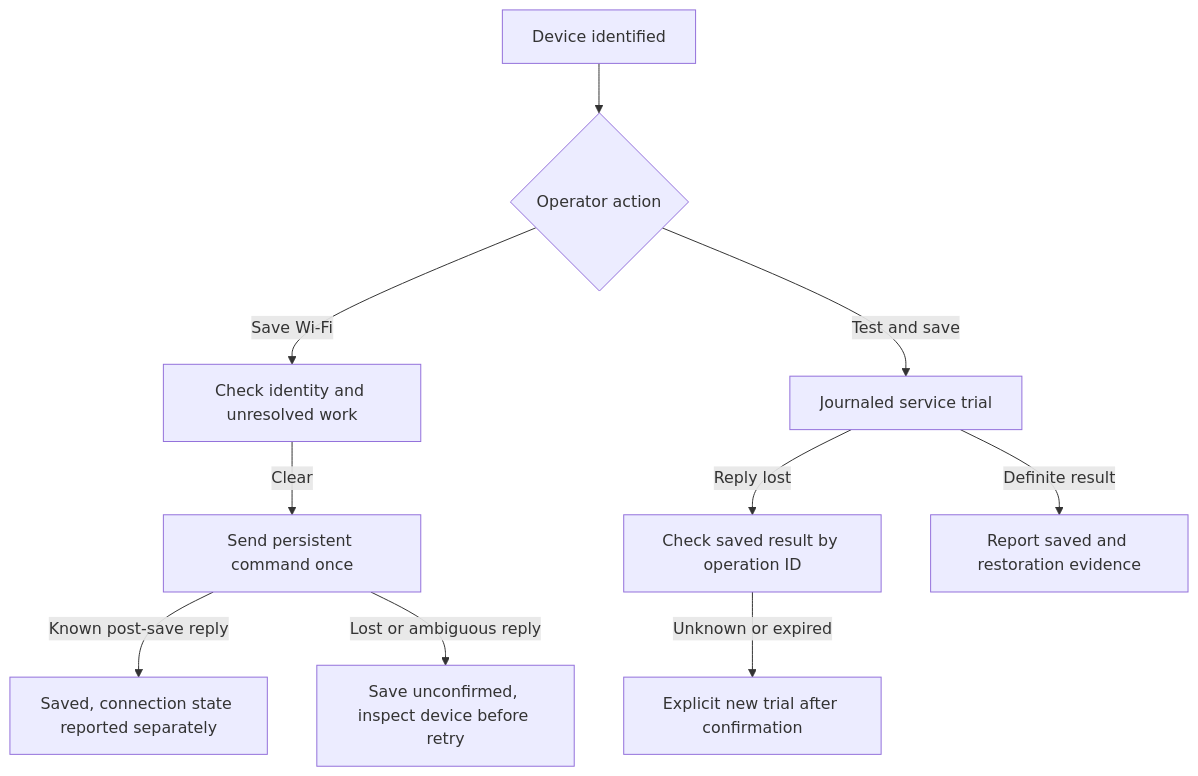
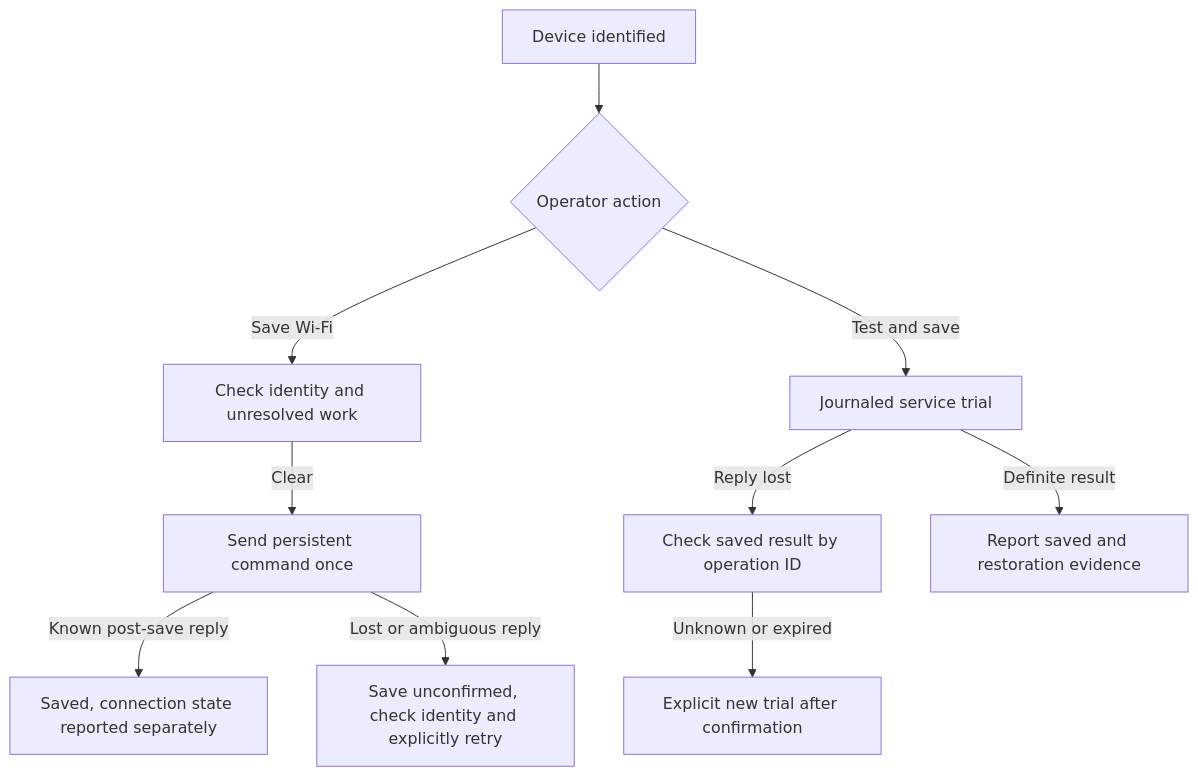
One commit to Jan-IngenHousz-Institute/ambyte-iot changed the second of 2 diagrams in docs/usb-wifi-settings.md. Above: the diagram before and after it, drawn with Mermaid. The commit also changed other lines of this file and 6 other files, not shown here.

````diff
--- a/docs/usb-wifi-settings.md
+++ b/docs/usb-wifi-settings.md
@@ -95,12 +106,12 @@
 ```mermaid
 flowchart TD
     Ready[Device identified] --> Choice{Operator action}
     Choice -->|Save Wi-Fi| Guards[Check identity and unresolved work]
     Guards -->|Clear| Save[Send persistent command once]
     Save -->|Known post-save reply| Saved[Saved, connection state reported separately]
-    Save -->|Lost or ambiguous reply| Unknown[Save unconfirmed, inspect device before retry]
+    Save -->|Lost or ambiguous reply| Unknown[Save unconfirmed, check identity and explicitly retry]
     Choice -->|Test and save| Trial[Journaled service trial]
     Trial -->|Reply lost| Recover[Check saved result by operation ID]
     Trial -->|Definite result| Evidence[Report saved and restoration evidence]
     Recover -->|Unknown or expired| Explicit[Explicit new trial after confirmation]
 ```
````
